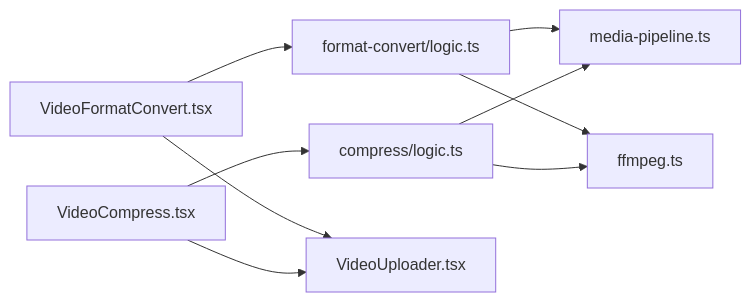
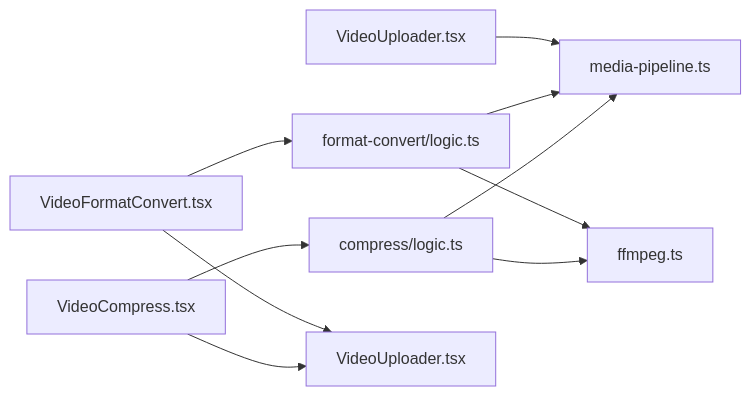
One commit to sgyy/privadeck changed diagram 11 of 11 in .qoder/repowiki/zh/content/核心模块/媒体处理管道.md. Above: the diagram before and after it, drawn with Mermaid. The commit also changed other lines of this file and 10 other files, not shown here.

````diff
--- a/.qoder/repowiki/zh/content/核心模块/媒体处理管道.md
+++ b/.qoder/repowiki/zh/content/核心模块/媒体处理管道.md
@@ -349,11 +448,12 @@
 ```mermaid
 graph LR
 UI_FC["VideoFormatConvert.tsx"] --> LOGIC_FC["format-convert/logic.ts"]
 UI_COMP["VideoCompress.tsx"] --> LOGIC_COMP["compress/logic.ts"]
-LOGIC_FC --> PIPE["media-pipeline.ts"]
+UI_UP["VideoUploader.tsx"] --> PIPE["media-pipeline.ts"]
+LOGIC_FC --> PIPE
 LOGIC_COMP --> PIPE
 LOGIC_FC --> FFMPEG["ffmpeg.ts"]
 LOGIC_COMP --> FFMPEG
 UI_FC --> UP["VideoUploader.tsx"]
 UI_COMP --> UP
 ```
````
